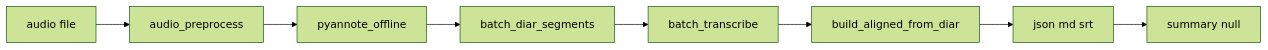
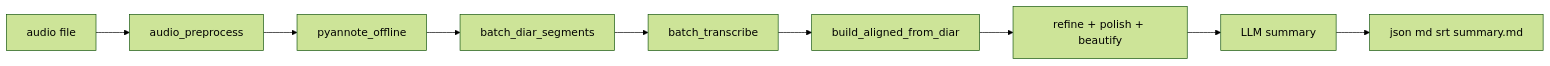
Before and after one commit to zhao1425493031/FunASRVoiceToText: the diagram in doc/batch/架构与数据流.md, drawn with Mermaid (forest theme). The commit also changed other lines of this file and 46 other files, not shown here.

````diff
--- a/doc/batch/架构与数据流.md
+++ b/doc/batch/架构与数据流.md
@@ -3,10 +3,11 @@
 ```mermaid
 flowchart LR
   Input[audio file] --> Pre[audio_preprocess]
   Pre --> Dia[pyannote_offline]
   Dia --> Norm[batch_diar_segments]
   Norm --> ASR[batch_transcribe]
   ASR --> Build[build_aligned_from_diar]
-  Build --> Export[json md srt]
-  Export --> LLMStub[summary null]
+  Build --> Polish[refine + polish + beautify]
+  Polish --> Summary[LLM summary]
+  Summary --> Export[json md srt summary.md]
 ```
````
